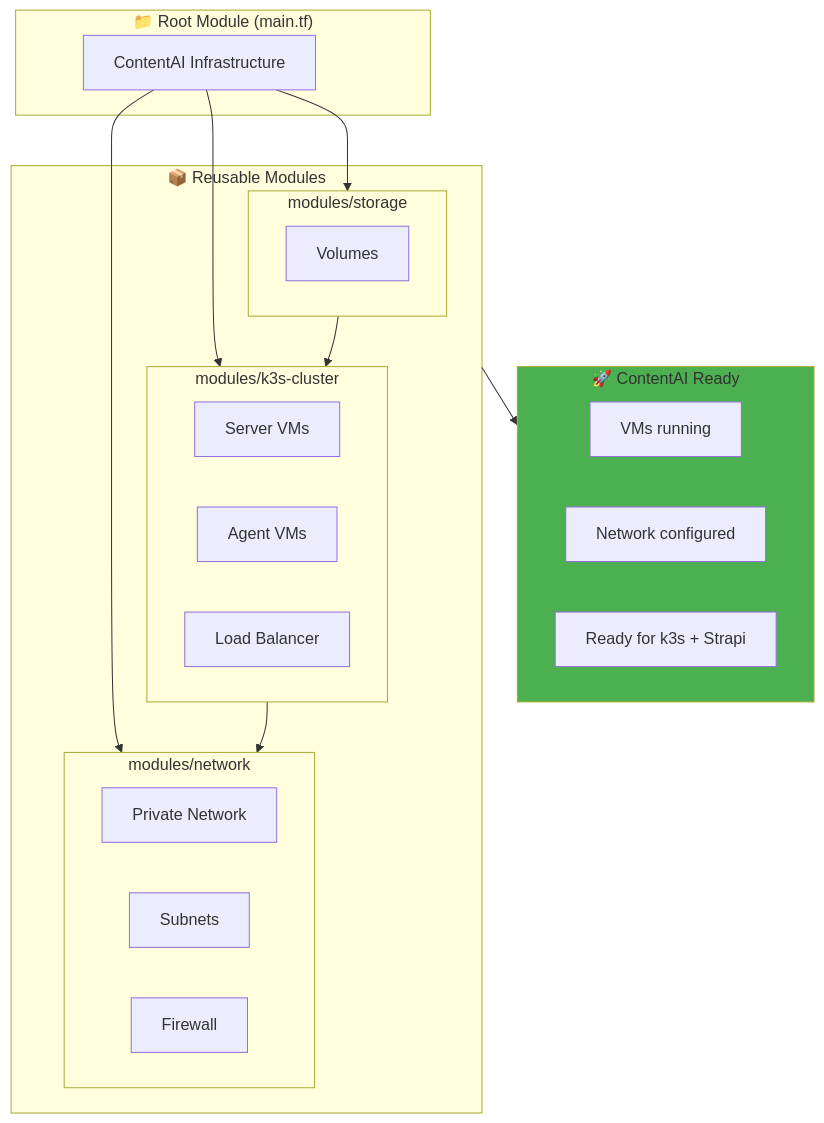
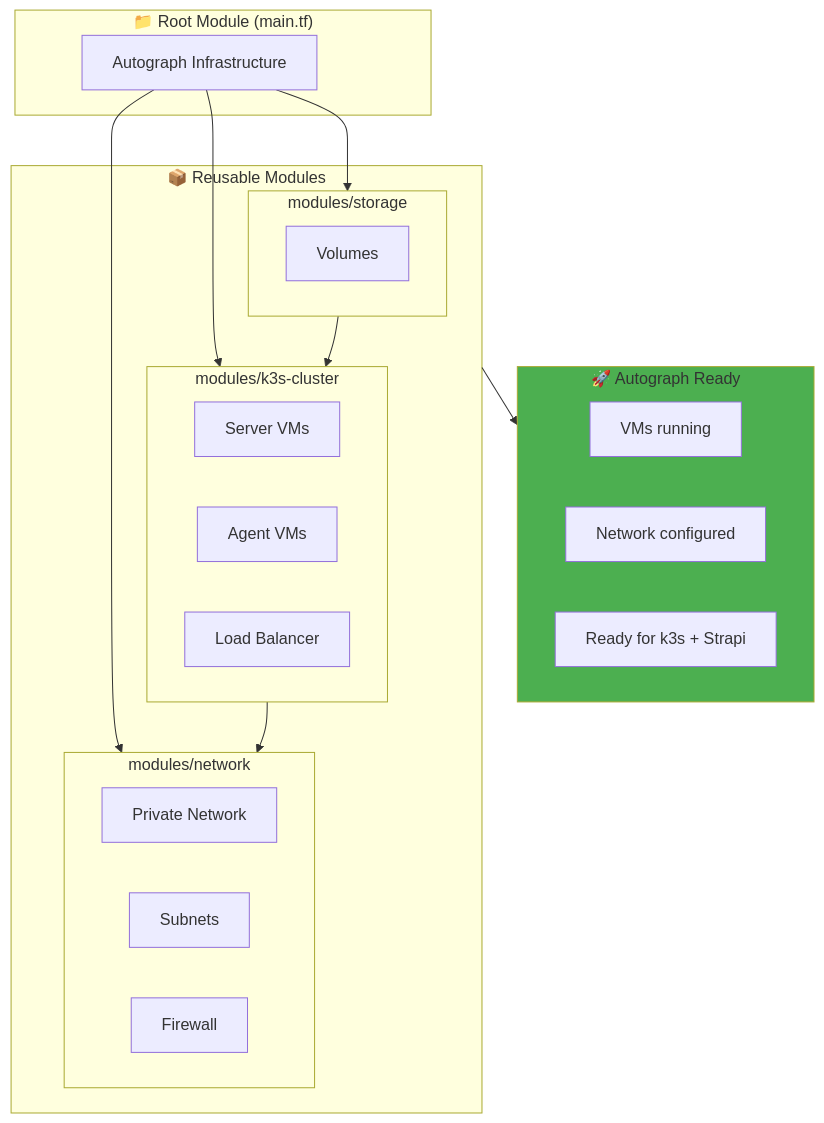
Before and after one commit to PearlThoughtsInternship/Internship-Obsidian-Vault: the second of 4 diagrams in DevOps/02-Engineering/02-Infrastructure-as-Code.md, drawn with Mermaid. The commit also changed other lines of this file and 4 other files, not shown here.

First line of the commit message:
rebrand: ContentAI → Autograph in Engineering & Platform docs

````diff
--- a/DevOps/02-Engineering/02-Infrastructure-as-Code.md
+++ b/DevOps/02-Engineering/02-Infrastructure-as-Code.md
@@ -107,39 +107,39 @@
 ```mermaid
 flowchart TB
     subgraph Root["📁 Root Module (main.tf)"]
-        Main["ContentAI Infrastructure"]
+        Main["Autograph Infrastructure"]
     end
 
     subgraph Modules["📦 Reusable Modules"]
         subgraph Network["modules/network"]
             N1["Private Network"]
             N2["Subnets"]
             N3["Firewall"]
         end
 
         subgraph Cluster["modules/k3s-cluster"]
             C1["Server VMs"]
             C2["Agent VMs"]
             C3["Load Balancer"]
         end
 
         subgraph Storage["modules/storage"]
             S1["Volumes"]
         end
     end
 
-    subgraph Result["🚀 ContentAI Ready"]
+    subgraph Result["🚀 Autograph Ready"]
         R1["VMs running"]
         R2["Network configured"]
         R3["Ready for k3s + Strapi"]
     end
 
     Main --> Network
     Main --> Cluster
     Main --> Storage
     Cluster --> Network
     Storage --> Cluster
     Modules --> Result
 
     style Result fill:#4CAF50
 ```
````
